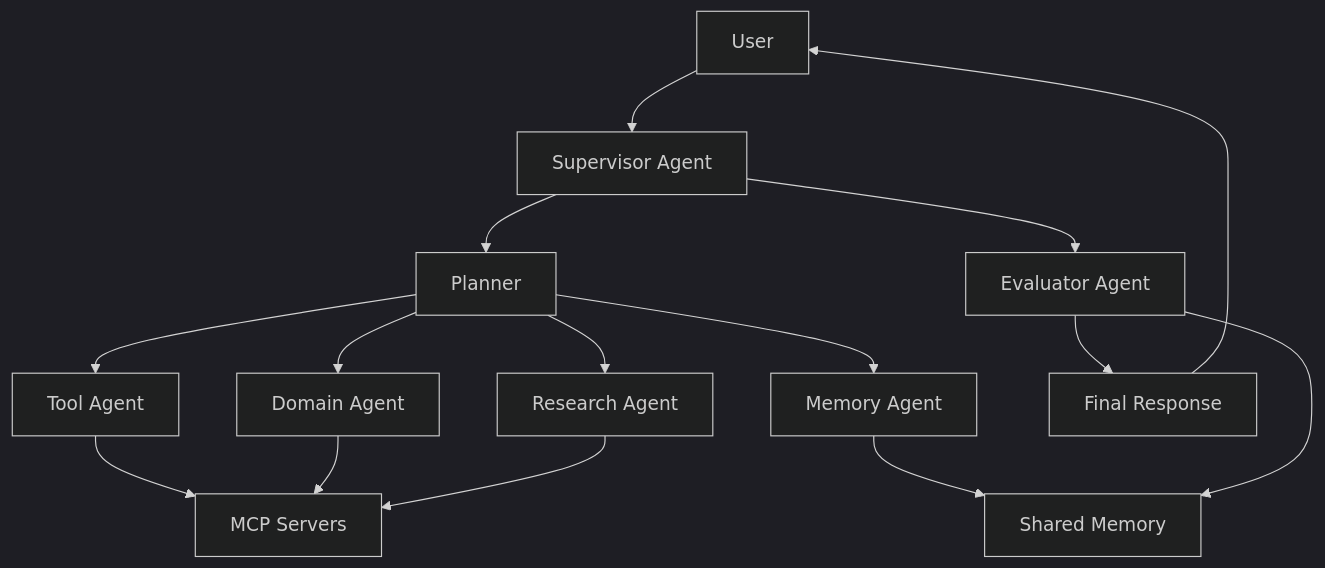
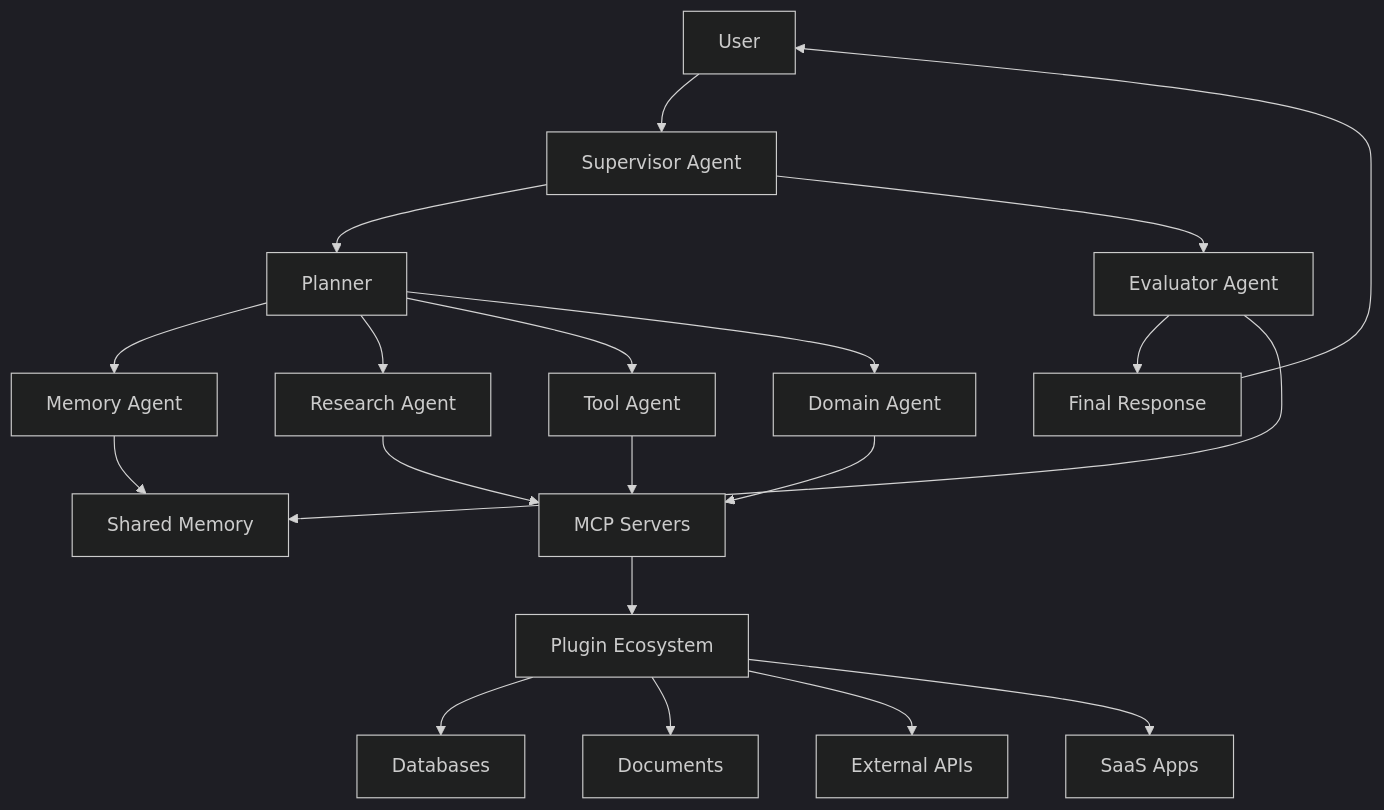
One commit to audi0417/agent-engineering-roadmap changed the second of 2 diagrams in README.md. Above: the diagram before and after it, drawn with Mermaid (dark theme). The commit also changed other lines of this file, not shown here.

Commit message:
Add hero diagram and plugin ecosystem

````diff
--- a/README.md
+++ b/README.md
@@ -68,17 +106,22 @@
 ```mermaid
 graph TD
     User[User] --> Supervisor[Supervisor Agent]
     Supervisor --> Planner[Planner]
     Planner --> MemoryAgent[Memory Agent]
     Planner --> ResearchAgent[Research Agent]
     Planner --> ToolAgent[Tool Agent]
     Planner --> DomainAgent[Domain Agent]
     MemoryAgent --> SharedMemory[Shared Memory]
     ToolAgent --> MCP[MCP Servers]
     DomainAgent --> MCP
     ResearchAgent --> MCP
+    MCP --> PluginLayer[Plugin Ecosystem]
+    PluginLayer --> Databases[Databases]
+    PluginLayer --> Documents[Documents]
+    PluginLayer --> APIs[External APIs]
+    PluginLayer --> SaaS[SaaS Apps]
     Supervisor --> Evaluator[Evaluator Agent]
     Evaluator --> Final[Final Response]
     Final --> User
     Evaluator --> SharedMemory
 ```
````
